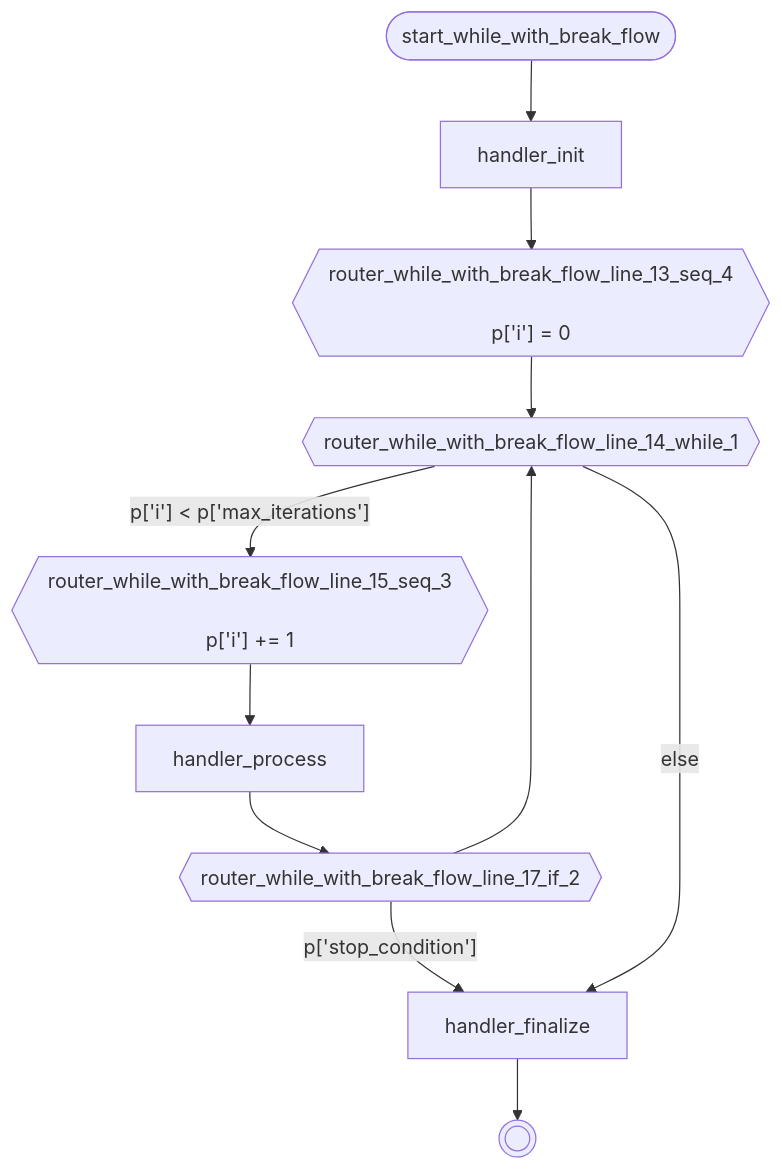
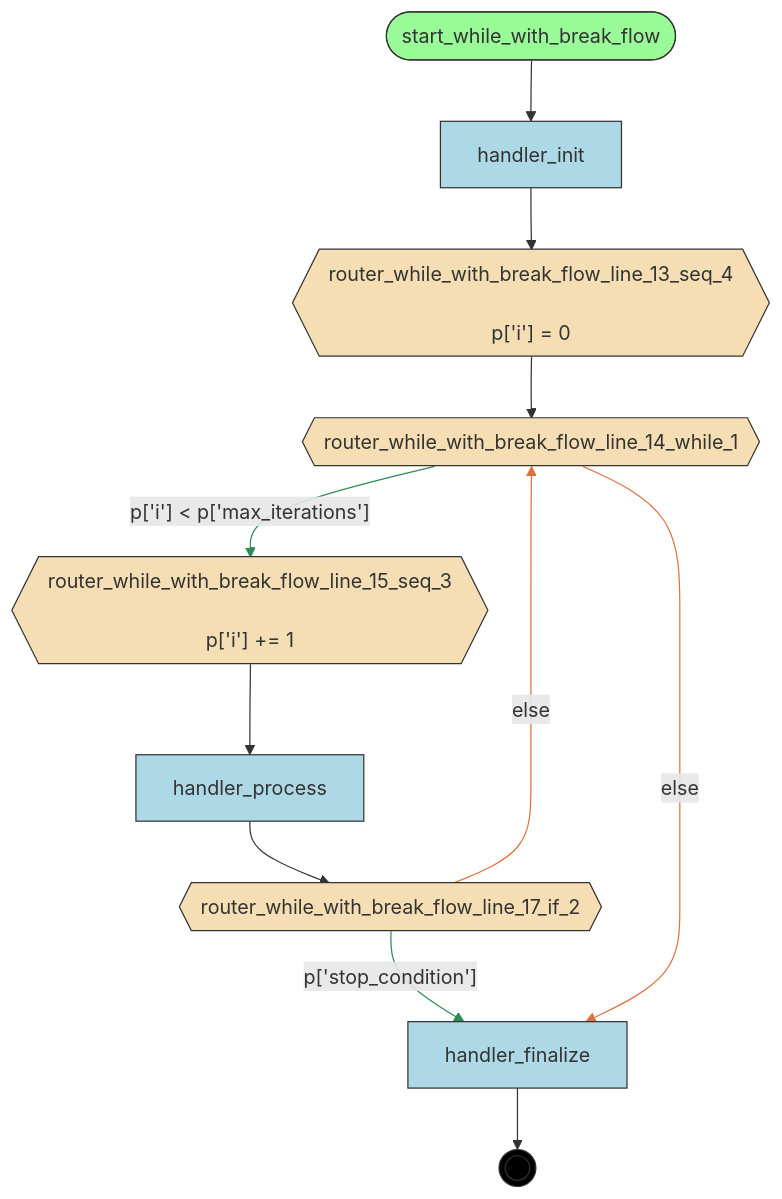
One commit to deliveryhero/asya changed the diagram in examples/flows/compiled/while_with_break/flow.mmd. Above: the diagram before and after it, drawn with Mermaid. The commit also changed 99 other files, not shown here.

Commit message:
colors-in-mermaid

```diff
--- a/examples/flows/compiled/while_with_break/flow.mmd
+++ b/examples/flows/compiled/while_with_break/flow.mmd
@@ -1,23 +1,34 @@
 flowchart TD
     %% Flow: while_with_break_flow
 
     handler_finalize[handler_finalize]
     handler_init[handler_init]
     handler_process[handler_process]
     router_while_with_break_flow_line_13_seq_4{{"router_while_with_break_flow_line_13_seq_4<br/><br/>p['i'] = 0"}}
     router_while_with_break_flow_line_14_while_1{{router_while_with_break_flow_line_14_while_1}}
     router_while_with_break_flow_line_15_seq_3{{"router_while_with_break_flow_line_15_seq_3<br/><br/>p['i'] += 1"}}
     router_while_with_break_flow_line_17_if_2{{router_while_with_break_flow_line_17_if_2}}
     start_while_with_break_flow([start_while_with_break_flow])
     __end__((( )))
 
     start_while_with_break_flow --> handler_init
     handler_init --> router_while_with_break_flow_line_13_seq_4
     router_while_with_break_flow_line_17_if_2 -->|"p['stop_condition']"| handler_finalize
     router_while_with_break_flow_line_15_seq_3 --> handler_process
     handler_process --> router_while_with_break_flow_line_17_if_2
     router_while_with_break_flow_line_14_while_1 -->|"p['i'] < p['max_iterations']"| router_while_with_break_flow_line_15_seq_3
     router_while_with_break_flow_line_14_while_1 -->|"else"| handler_finalize
     router_while_with_break_flow_line_13_seq_4 --> router_while_with_break_flow_line_14_while_1
-    router_while_with_break_flow_line_17_if_2 --> router_while_with_break_flow_line_14_while_1
+    router_while_with_break_flow_line_17_if_2 -->|"else"| router_while_with_break_flow_line_14_while_1
     handler_finalize --> __end__
+
+    classDef entrypoint fill:#98FB98,stroke:#333
+    classDef router fill:#F5DEB3,stroke:#333
+    classDef handler fill:#ADD8E6,stroke:#333
+    classDef endpoint fill:#000,stroke:#333,color:#fff
+    class start_while_with_break_flow entrypoint
+    class router_while_with_break_flow_line_13_seq_4,router_while_with_break_flow_line_14_while_1,router_while_with_break_flow_line_15_seq_3,router_while_with_break_flow_line_17_if_2 router
+    class handler_finalize,handler_init,handler_process handler
+    class __end__ endpoint
+    linkStyle 2,5 stroke:#2E8B57
+    linkStyle 6,8 stroke:#E07040
```
